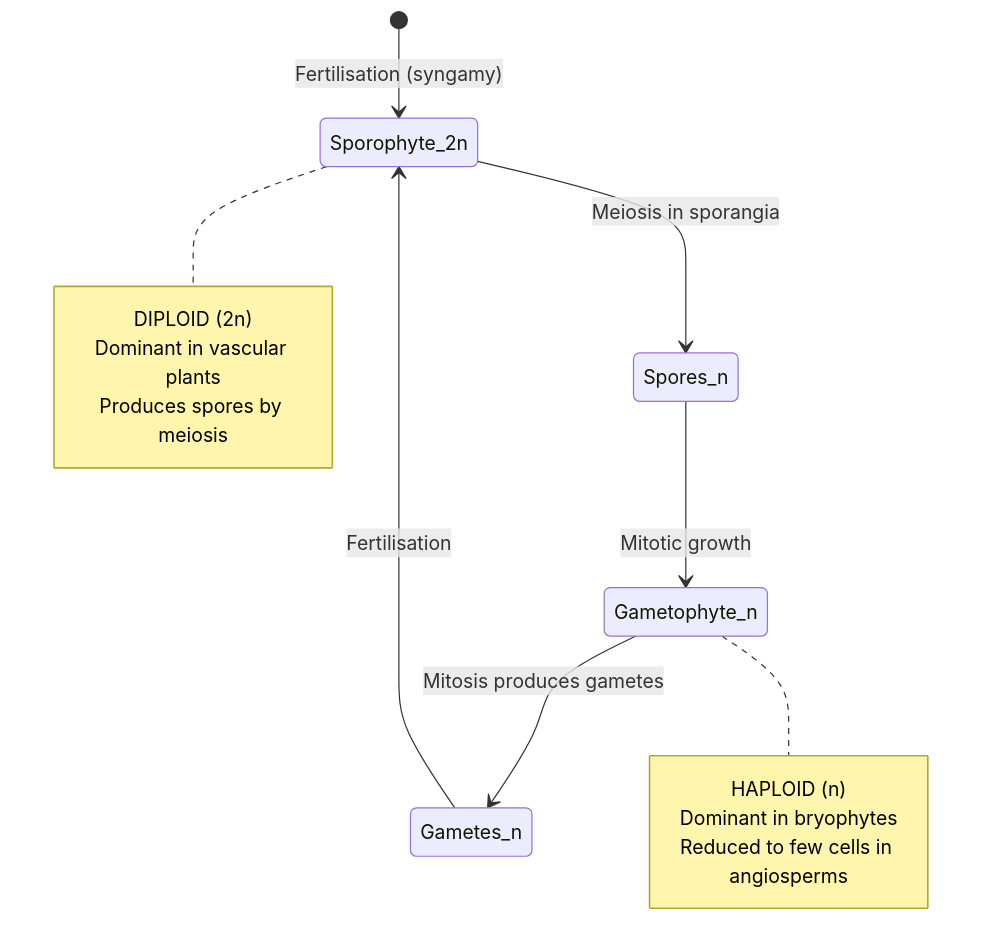
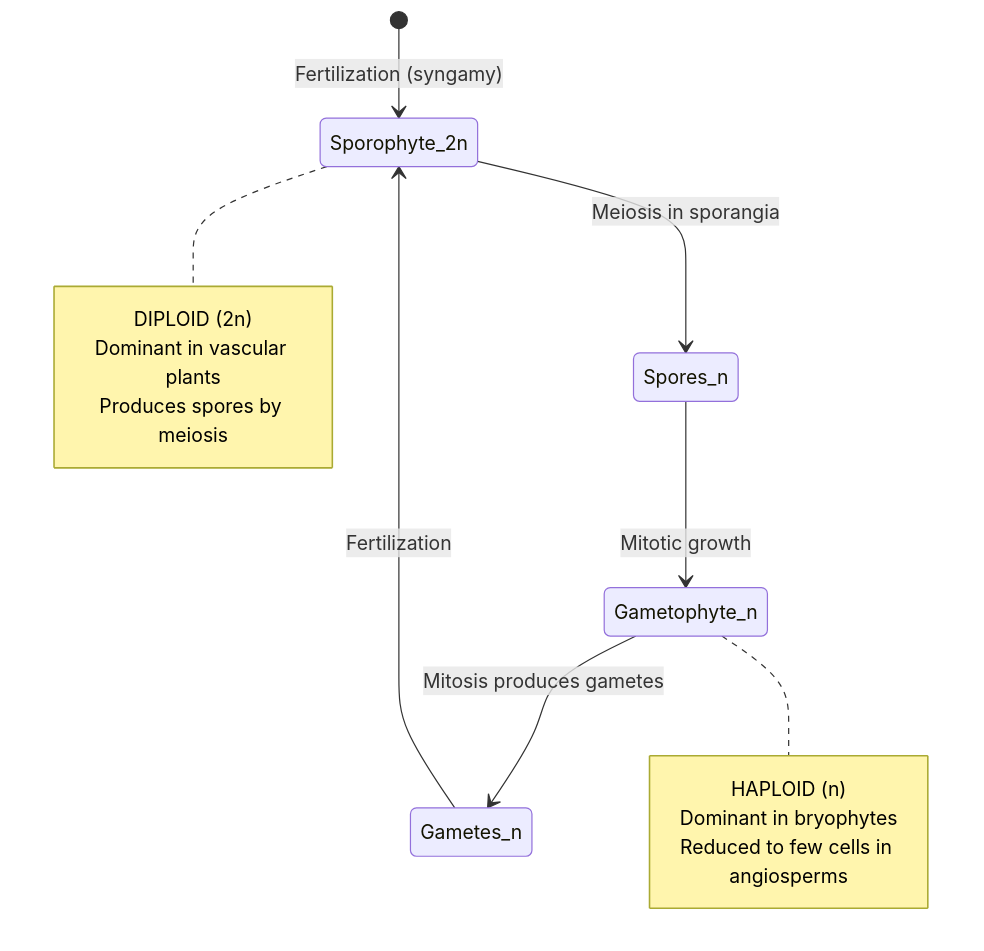
Before and after one commit to docxology/biology_textbook: the first of 4 diagrams in manuscript/unit_VIII/plant_reproduction.md, drawn with Mermaid. The commit also changed other lines of this file and 247 other files, not shown here.

````diff
--- a/manuscript/unit_VIII/plant_reproduction.md
+++ b/manuscript/unit_VIII/plant_reproduction.md
@@ -48,20 +48,20 @@
 ```mermaid
 stateDiagram-v2
-    [*] --> Sporophyte_2n: Fertilisation (syngamy)
+    [*] --> Sporophyte_2n: Fertilization (syngamy)
     Sporophyte_2n --> Spores_n: Meiosis in sporangia
     Spores_n --> Gametophyte_n: Mitotic growth
     Gametophyte_n --> Gametes_n: Mitosis produces gametes
-    Gametes_n --> Sporophyte_2n: Fertilisation
+    Gametes_n --> Sporophyte_2n: Fertilization
 
     note right of Sporophyte_2n
         DIPLOID (2n)
         Dominant in vascular plants
         Produces spores by meiosis
     end note
 
     note right of Gametophyte_n
         HAPLOID (n)
         Dominant in bryophytes
         Reduced to few cells in angiosperms
     end note
 ```
````
